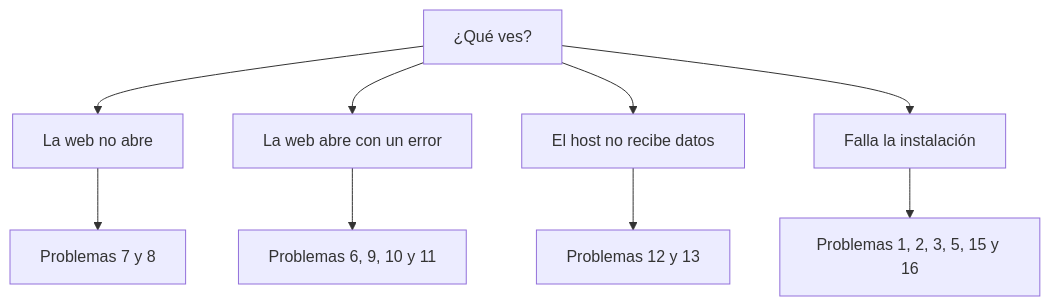
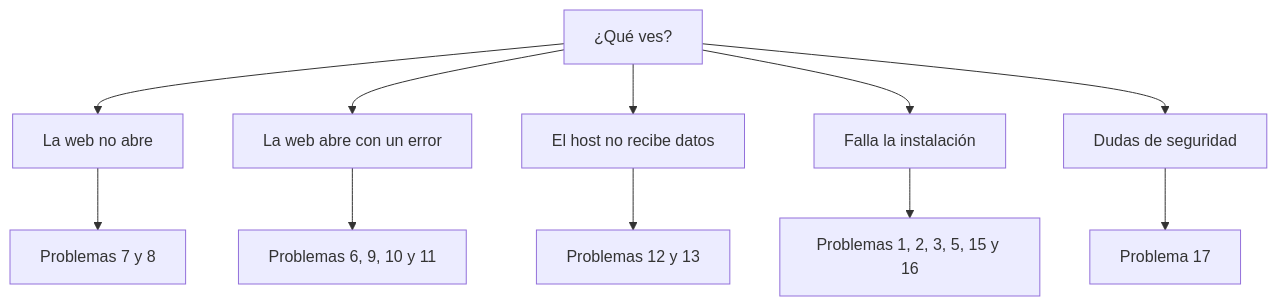
One commit to SimonLexRS/Zabbix-8-rc3-Instalacion changed the first of 3 diagrams in docs/problemas-y-soluciones.md. Above: the diagram before and after it, drawn with Mermaid. The commit also changed other lines of this file and 8 other files, not shown here.

````diff
--- a/docs/problemas-y-soluciones.md
+++ b/docs/problemas-y-soluciones.md
@@ -5,11 +5,13 @@
 ```mermaid
 flowchart TD
     A["¿Qué ves?"] --> B["La web no abre"]
     A --> C["La web abre con un error"]
     A --> D["El host no recibe datos"]
     A --> E["Falla la instalación"]
     B --> B1["Problemas 7 y 8"]
     C --> C1["Problemas 6, 9, 10 y 11"]
     D --> D1["Problemas 12 y 13"]
     E --> E1["Problemas 1, 2, 3, 5, 15 y 16"]
+    A --> G["Dudas de seguridad"]
+    G --> G1["Problema 17"]
 ```
````
